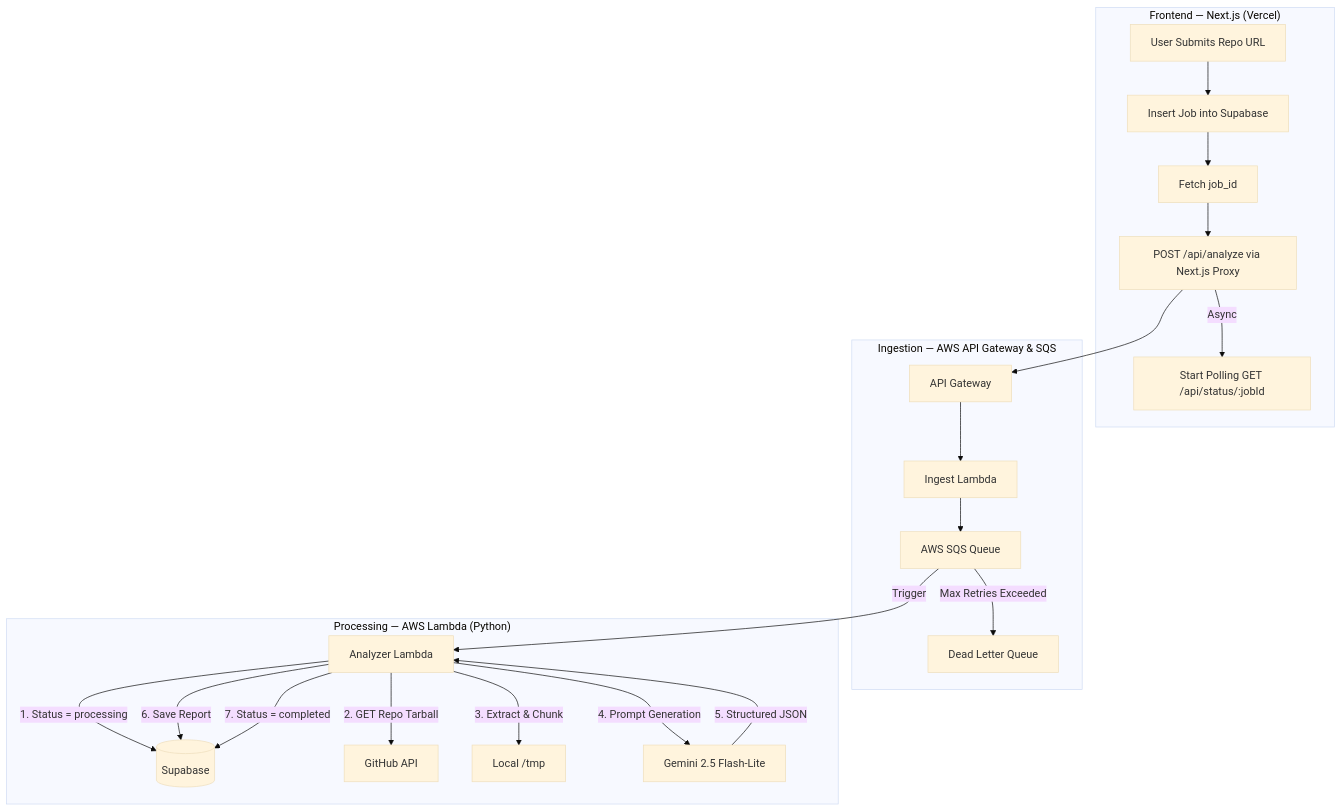
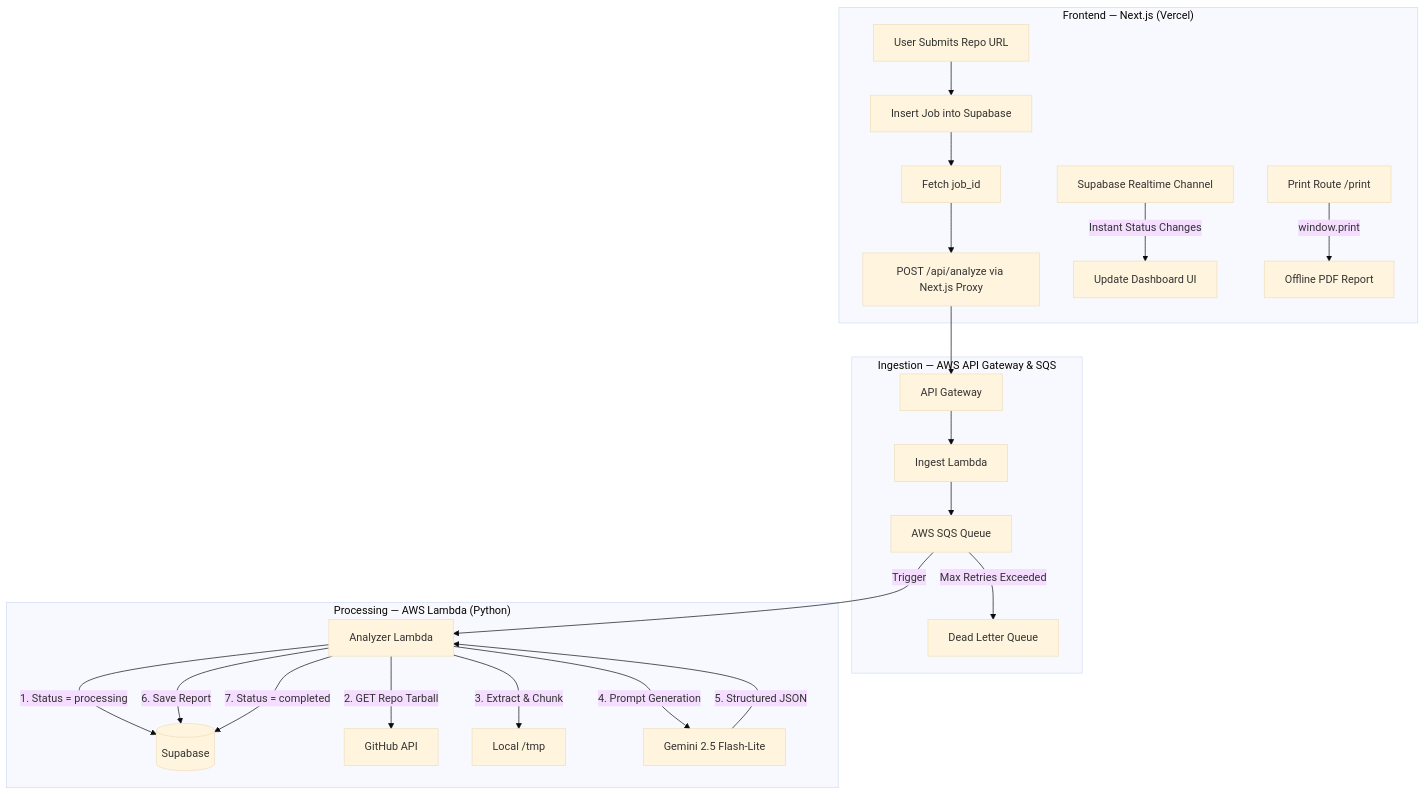
The diagram in docs/ARCHITECTURE.md (shard-c6/viva_prep_engine), drawn with Mermaid (base theme) before and after one commit. The commit also changed other lines of this file, not shown here.

Commit message:
docs: update system architecture documentation with Phase 3 and V2 changes

````diff
--- a/docs/ARCHITECTURE.md
+++ b/docs/ARCHITECTURE.md
@@ -10,27 +10,28 @@
 ```mermaid
 graph TB
     subgraph "Frontend — Next.js (Vercel)"
         A[User Submits Repo URL] --> B[Insert Job into Supabase]
         B --> C[Fetch job_id]
         C --> D[POST /api/analyze via Next.js Proxy]
-        D -->|Async| E[Start Polling GET /api/status/:jobId]
+        E[Supabase Realtime Channel] -->|Instant Status Changes| F[Update Dashboard UI]
+        G[Print Route /print] -->|window.print| H[Offline PDF Report]
     end
 
     subgraph "Ingestion — AWS API Gateway & SQS"
-        D --> F[API Gateway]
-        F --> G[Ingest Lambda]
-        G --> H[AWS SQS Queue]
-        H -->|Max Retries Exceeded| I[Dead Letter Queue]
+        D --> I[API Gateway]
+        I --> J[Ingest Lambda]
+        J --> K[AWS SQS Queue]
+        K -->|Max Retries Exceeded| L[Dead Letter Queue]
     end
 
     subgraph "Processing — AWS Lambda (Python)"
-        H -->|Trigger| J[Analyzer Lambda]
-        J -->|1. Status = processing| K[(Supabase)]
-        J -->|2. GET Repo Tarball| L[GitHub API]
-        J -->|3. Extract & Chunk| M[Local /tmp]
-        J -->|4. Prompt Generation| N[Gemini 2.5 Flash-Lite]
-        N -->|5. Structured JSON| J
-        J -->|6. Save Report| K
-        J -->|7. Status = completed| K
+        K -->|Trigger| M[Analyzer Lambda]
+        M -->|1. Status = processing| N[(Supabase)]
+        M -->|2. GET Repo Tarball| O[GitHub API]
+        M -->|3. Extract & Chunk| P[Local /tmp]
+        M -->|4. Prompt Generation| Q[Gemini 2.5 Flash-Lite]
+        Q -->|5. Structured JSON| M
+        M -->|6. Save Report| N
+        M -->|7. Status = completed| N
     end
 ```
````
